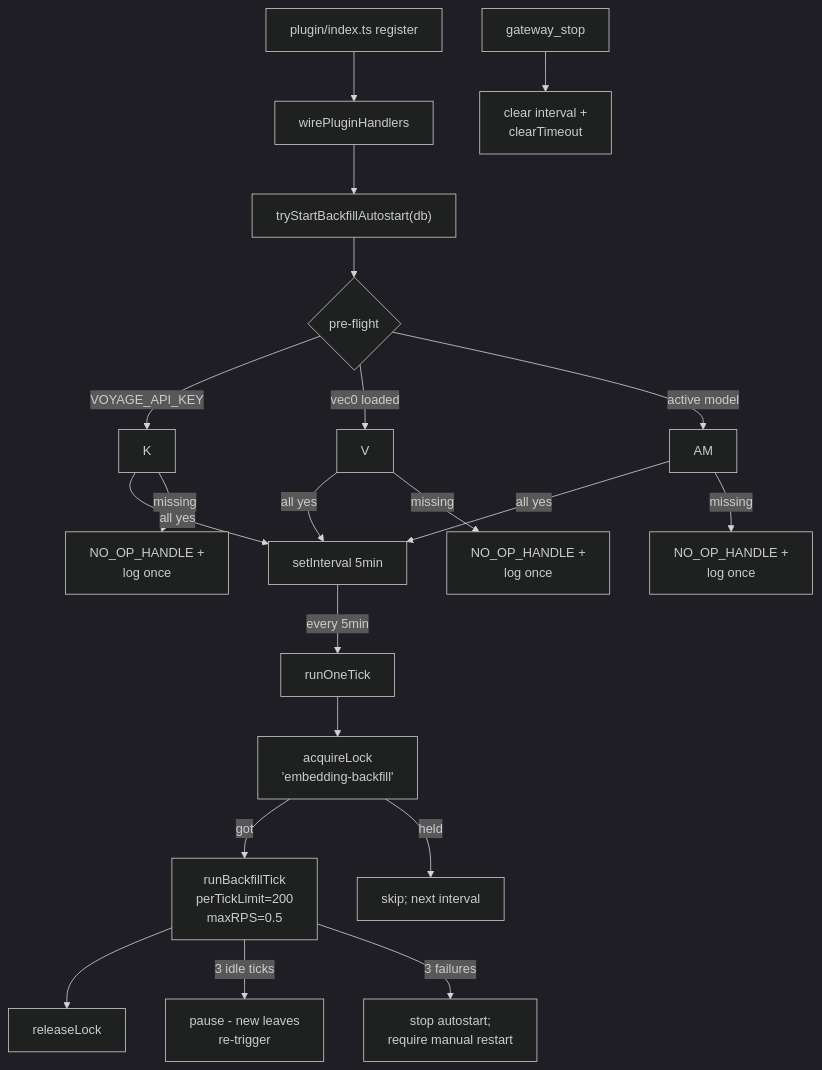
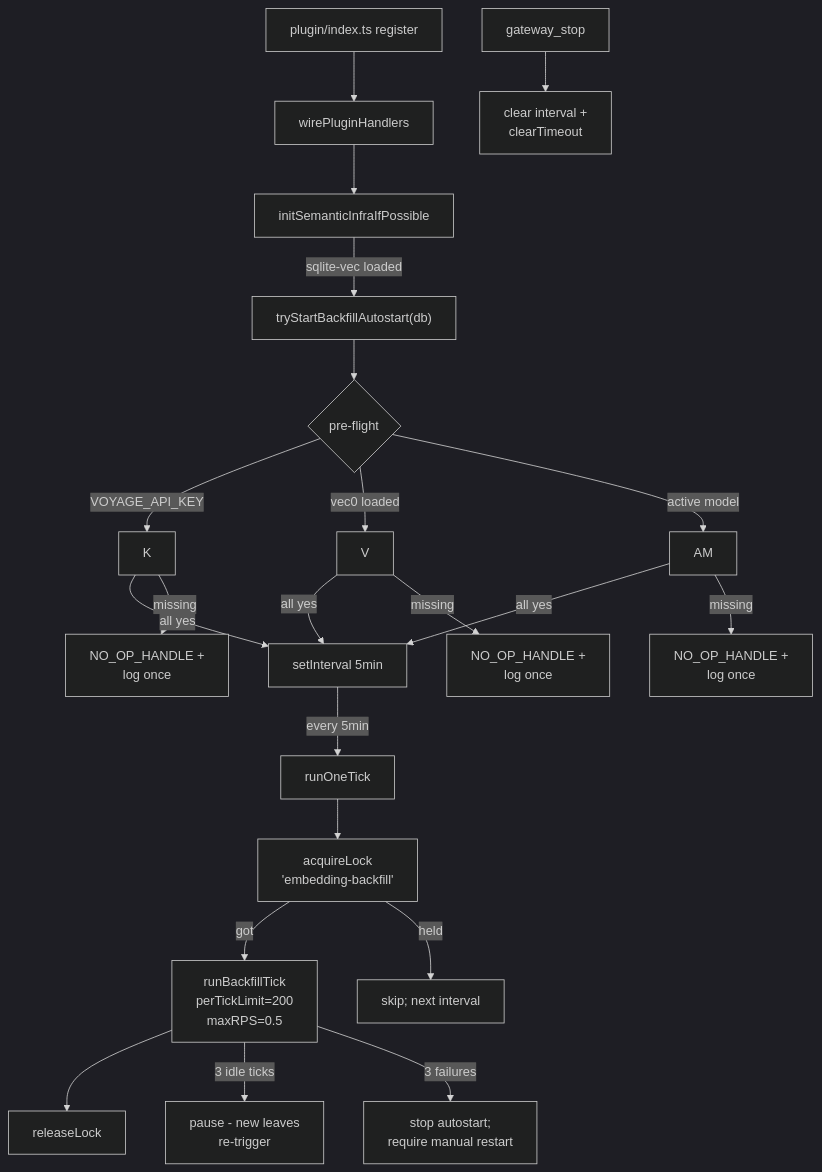
Before and after one commit to Martian-Engineering/lossless-claw: the fourth of 4 diagrams in docs/v4.1/PR_DESCRIPTION.md, drawn with Mermaid (dark theme). The commit also changed other lines of this file, not shown here.

````diff
--- a/docs/v4.1/PR_DESCRIPTION.md
+++ b/docs/v4.1/PR_DESCRIPTION.md
@@ -143,23 +256,24 @@
 ```mermaid
 flowchart TB
     PI[plugin/index.ts register] --> WP[wirePluginHandlers]
-    WP --> AS["tryStartBackfillAutostart(db)"]
+    WP --> SI[initSemanticInfraIfPossible]
+    SI -->|sqlite-vec loaded| AS["tryStartBackfillAutostart(db)"]
     AS --> PF{pre-flight}
     PF -->|VOYAGE_API_KEY| K
     PF -->|vec0 loaded| V
     PF -->|active model| AM
     K & V & AM -->|all yes| START[setInterval 5min]
     K -->|missing| NOOP1[NO_OP_HANDLE +<br/>log once]
     V -->|missing| NOOP2[NO_OP_HANDLE +<br/>log once]
     AM -->|missing| NOOP3[NO_OP_HANDLE +<br/>log once]
-    
+
     START -->|every 5min| TICK
     TICK[runOneTick] --> LK[acquireLock<br/>'embedding-backfill']
     LK -->|got| BT[runBackfillTick<br/>perTickLimit=200<br/>maxRPS=0.5]
     LK -->|held| SKIP[skip; next interval]
     BT --> RL[releaseLock]
     BT -->|3 idle ticks| PAUSE[pause - new leaves<br/>re-trigger]
     BT -->|3 failures| STOP[stop autostart;<br/>require manual restart]
-    
+
     GS[gateway_stop] --> CL[clear interval +<br/>clearTimeout]
 ```
````
